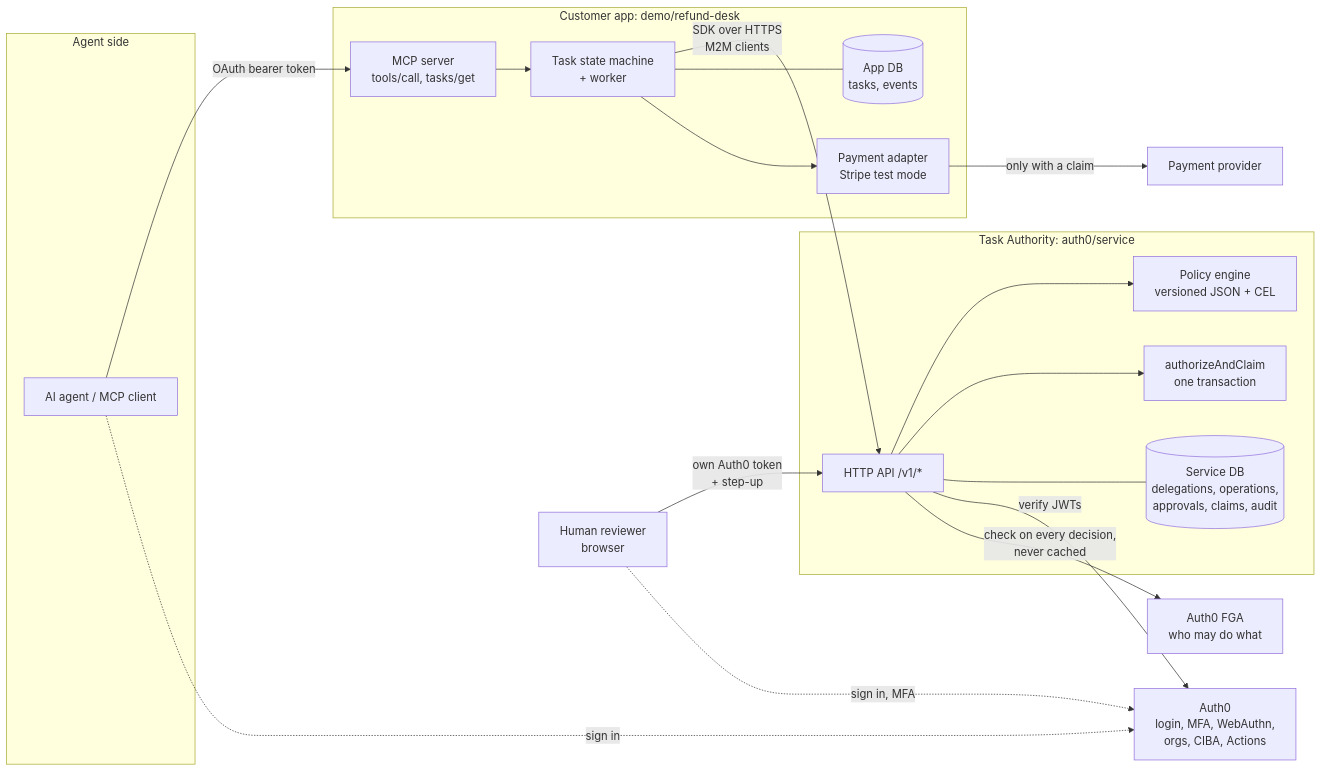
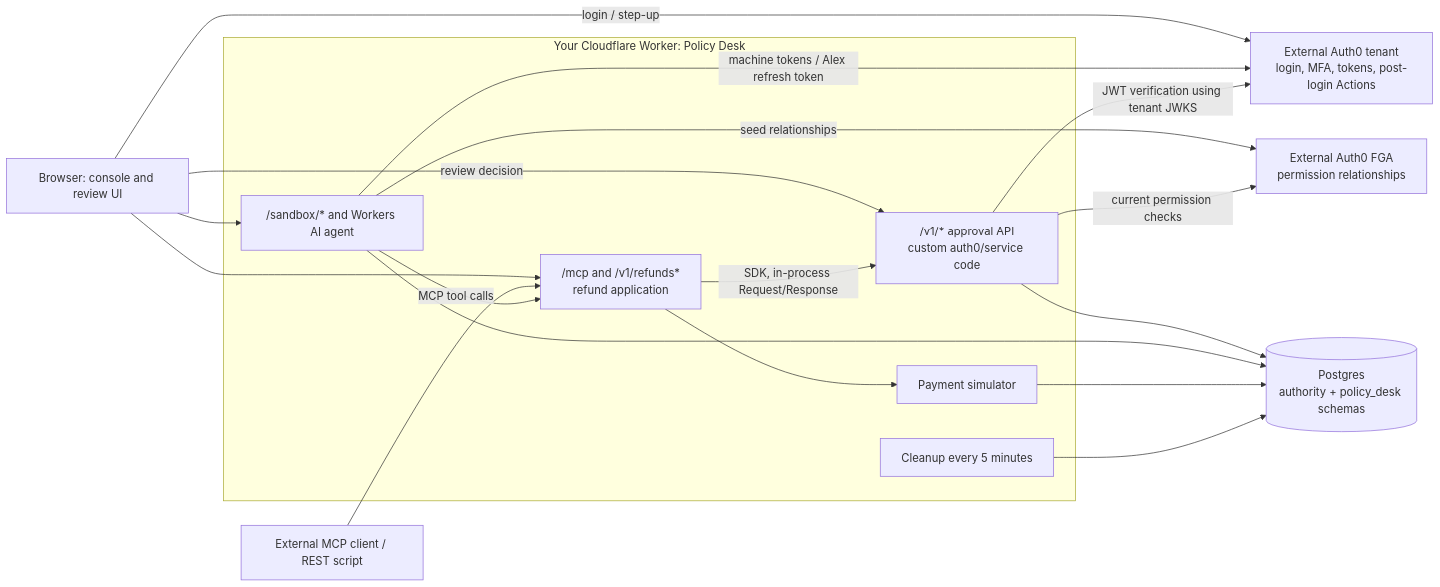
One commit to bharath31/mcp-tasks changed the first of 3 diagrams in docs/architecture.md. Above: the diagram before and after it, drawn with Mermaid. The commit also changed other lines of this file and 34 other files, not shown here.

First line of the commit message:
Correct documentation against the implemented approval architecture (#7)

````diff
--- a/docs/architecture.md
+++ b/docs/architecture.md
@@ -17,40 +25,31 @@
 ```mermaid
 flowchart LR
-    subgraph Client["Agent side"]
-        Agent["AI agent / MCP client"]
+    Browser["Browser: console and review UI"]
+    External["External MCP client / REST script"]
+    subgraph Worker["Your Cloudflare Worker: Policy Desk"]
+        Host["/sandbox/* and Workers AI agent"]
+        App["/mcp and /v1/refunds*<br/>refund application"]
+        Backend["/v1/* approval API<br/>custom auth0/service code"]
+        Sim["Payment simulator"]
+        Cleanup["Cleanup every 5 minutes"]
     end
-
-    subgraph App["Customer app: demo/refund-desk"]
-        MCP["MCP server<br/>tools/call, tasks/get"]
-        Tasks["Task state machine<br/>+ worker"]
-        Pay["Payment adapter<br/>Stripe test mode"]
-        AppDB[("App DB<br/>tasks, events")]
-    end
-
-    subgraph Svc["Task Authority: auth0/service"]
-        API["HTTP API /v1/*"]
-        Policy["Policy engine<br/>versioned JSON + CEL"]
-        Claims["authorizeAndClaim<br/>one transaction"]
-        SvcDB[("Service DB<br/>delegations, operations,<br/>approvals, claims, audit")]
-    end
-
-    Reviewer["Human reviewer<br/>browser"]
-    Auth0["Auth0<br/>login, MFA, WebAuthn,<br/>orgs, CIBA, Actions"]
-    FGA["Auth0 FGA<br/>who may do what"]
-    Stripe["Payment provider"]
-
-    Agent -- "OAuth bearer token" --> MCP
-    MCP --> Tasks
-    Tasks -- "SDK over HTTPS<br/>M2M clients" --> API
-    API --> Policy
-    API --> Claims
-    API --- SvcDB
-    Tasks --- AppDB
-    Tasks --> Pay
-    Pay -- "only with a claim" --> Stripe
-    Reviewer -- "own Auth0 token<br/>+ step-up" --> API
-    Agent -. "sign in" .-> Auth0
-    Reviewer -. "sign in, MFA" .-> Auth0
-    API -- "verify JWTs" --> Auth0
-    API -- "check on every decision,<br/>never cached" --> FGA
+    Auth0["External Auth0 tenant<br/>login, MFA, tokens, post-login Actions"]
+    FGA["External Auth0 FGA<br/>permission relationships"]
+    DB[("Postgres<br/>authority + policy_desk schemas")]
+    Browser --> Host
+    Browser --> App
+    Browser -- "review decision" --> Backend
+    Browser -- "login / step-up" --> Auth0
+    External --> App
+    Host -- "MCP tool calls" --> App
+    Host -- "seed relationships" --> FGA
+    Host -- "machine tokens / Alex refresh token" --> Auth0
+    App -- "SDK, in-process Request/Response" --> Backend
+    Backend -- "JWT verification using tenant JWKS" --> Auth0
+    Backend -- "current permission checks" --> FGA
+    Backend --> DB
+    Host --> DB
+    App --> Sim
+    Sim --> DB
+    Cleanup --> DB
 ```
````
